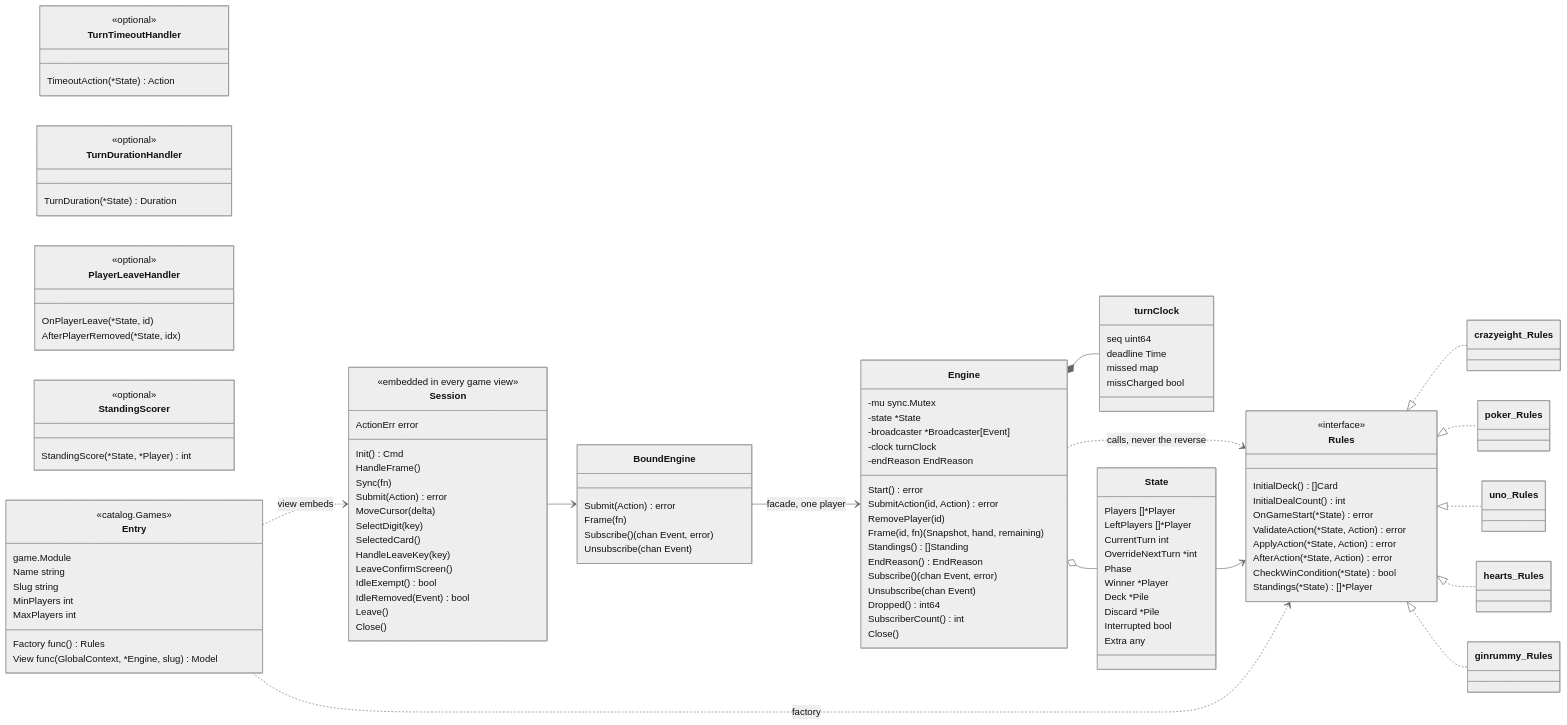
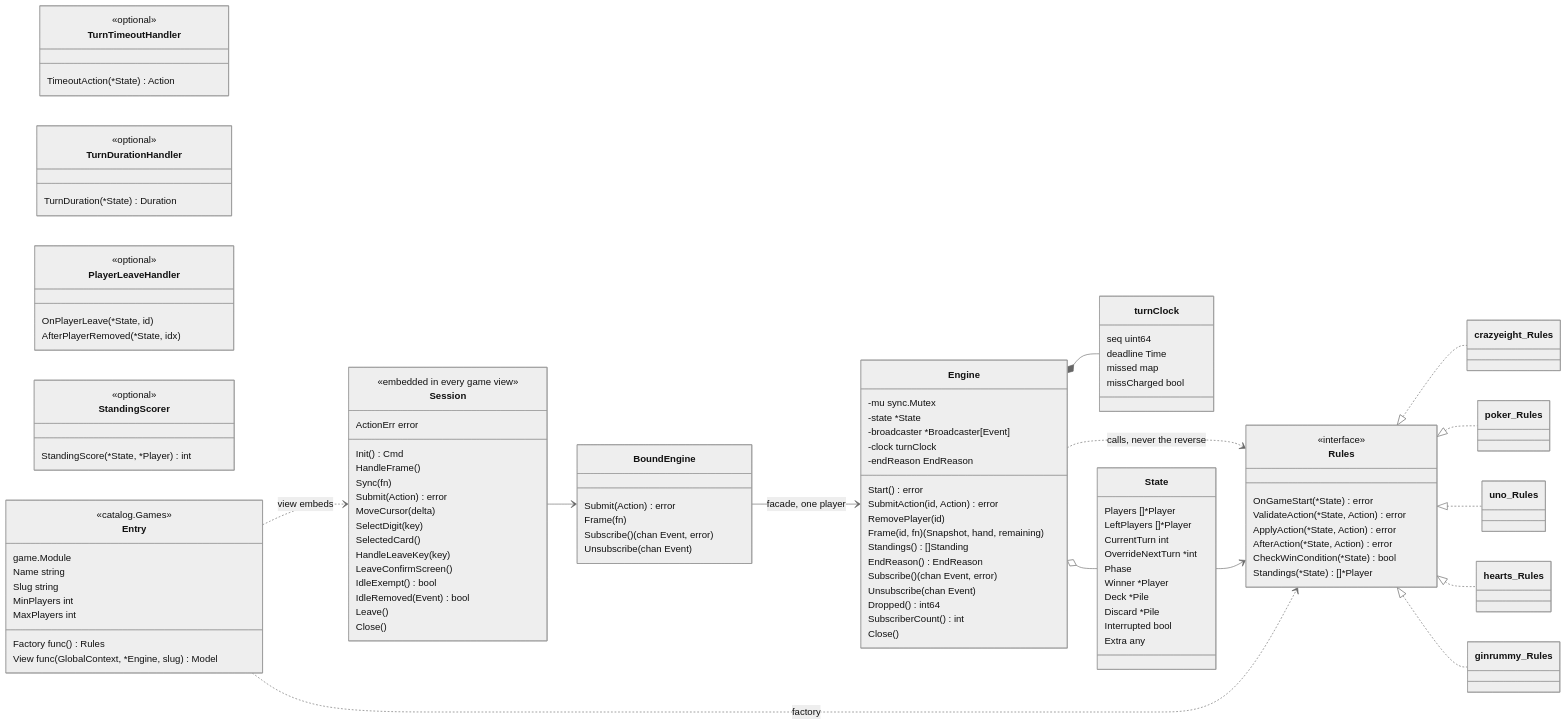
One commit to Pieczasz/tty-cards changed the tenth of 11 diagrams in docs/codebase-map.md. Above: the diagram before and after it, drawn with Mermaid (neutral theme). The commit also changed 47 other files, not shown here.

Commit message:
refactor(game): drop InitialDeck, InitialDealCount and NewEngine's cards

```diff
--- a/docs/codebase-map.md
+++ b/docs/codebase-map.md
@@ -348,8 +348,6 @@
     direction LR
     class Rules {
         <<interface>>
-        InitialDeck() []Card
-        InitialDealCount() int
         OnGameStart(*State) error
         ValidateAction(*State, Action) error
         ApplyAction(*State, Action) error
```
